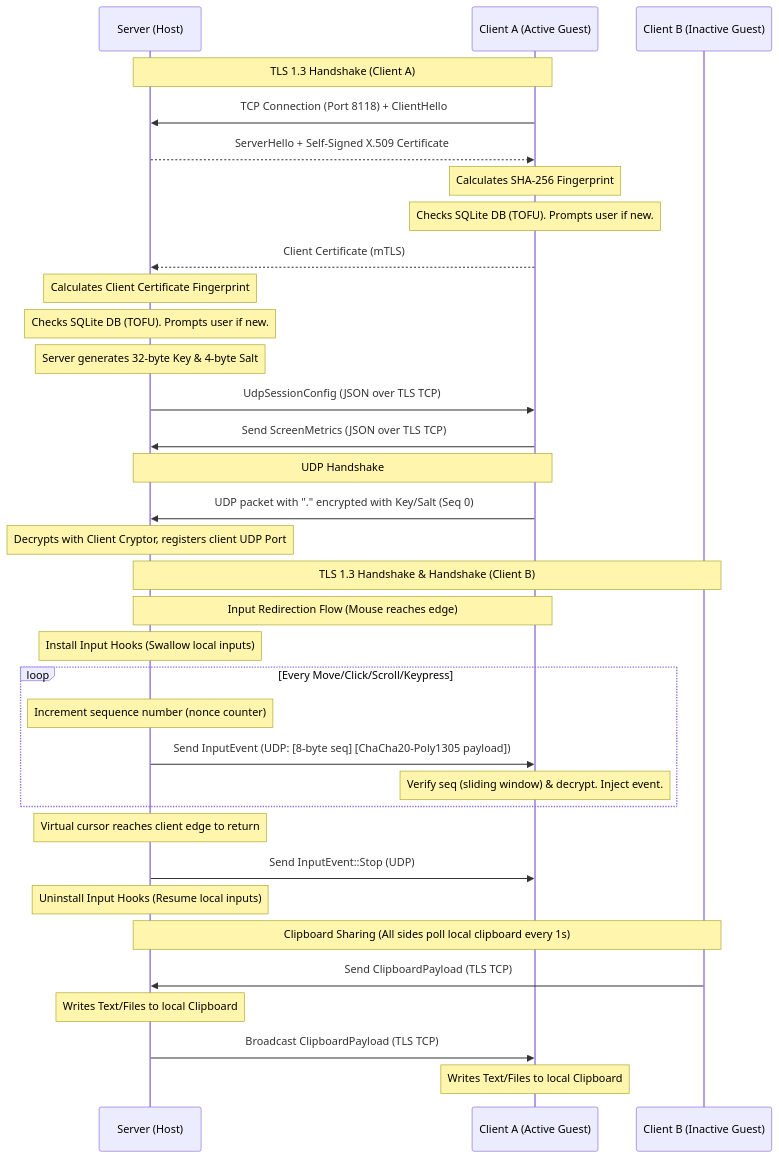
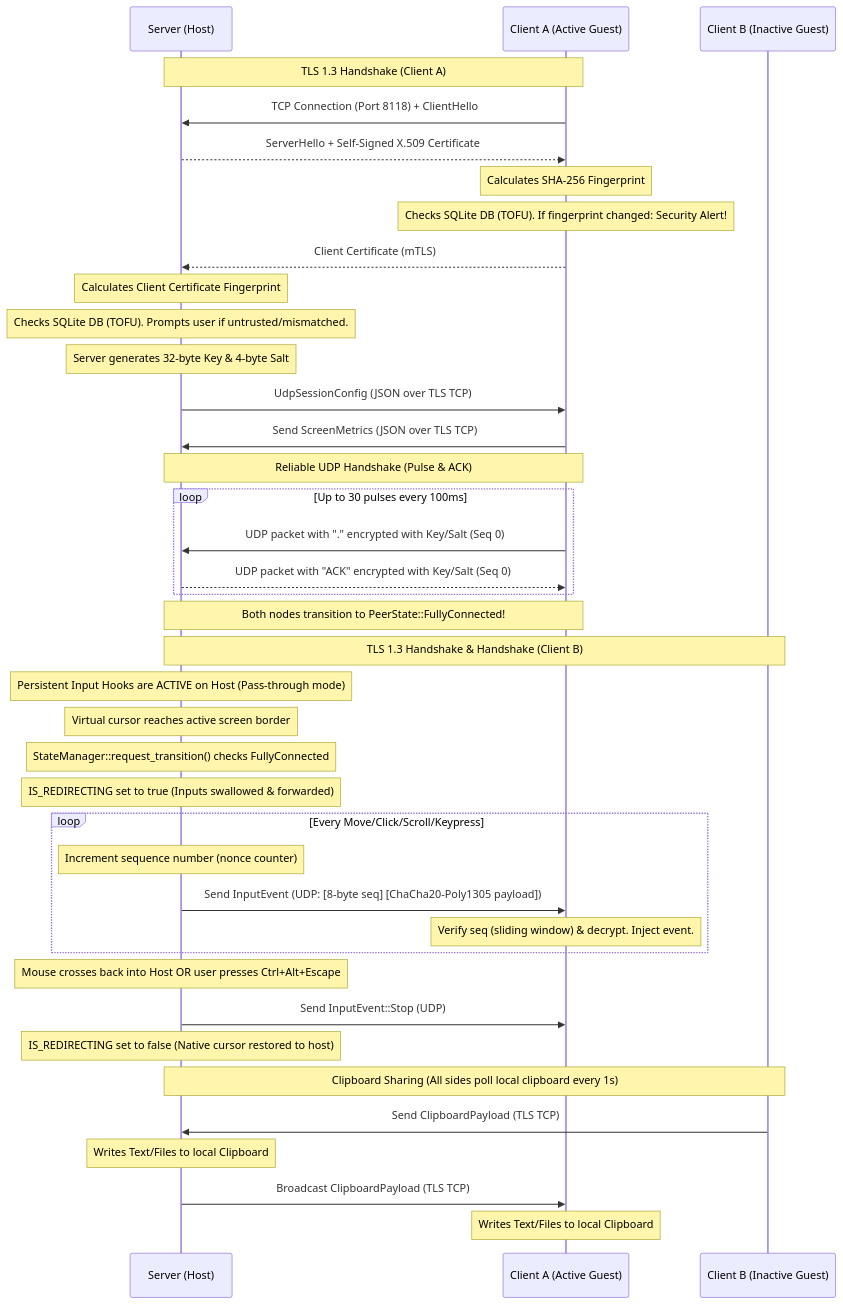
One commit to guyavrhm/flow changed the second of 3 diagrams in ARCHITECTURE.md. Above: the diagram before and after it, drawn with Mermaid. The commit also changed other lines of this file and 16 other files, not shown here.

Commit message:
feat(core): centralized state management, reliable handshakes, and input safety

````diff
--- a/ARCHITECTURE.md
+++ b/ARCHITECTURE.md
@@ -61,43 +64,48 @@
 ```mermaid
 sequenceDiagram
     participant Server as Server (Host)
     participant ClientA as Client A (Active Guest)
     participant ClientB as Client B (Inactive Guest)
 
     Note over ClientA, Server: TLS 1.3 Handshake (Client A)
     ClientA->>Server: TCP Connection (Port 8118) + ClientHello
     Server-->>ClientA: ServerHello + Self-Signed X.509 Certificate
     Note over ClientA: Calculates SHA-256 Fingerprint
-    Note over ClientA: Checks SQLite DB (TOFU). Prompts user if new.
+    Note over ClientA: Checks SQLite DB (TOFU). If fingerprint changed: Security Alert!
     ClientA-->>Server: Client Certificate (mTLS)
     Note over Server: Calculates Client Certificate Fingerprint
-    Note over Server: Checks SQLite DB (TOFU). Prompts user if new.
+    Note over Server: Checks SQLite DB (TOFU). Prompts user if untrusted/mismatched.
     
     Note over Server: Server generates 32-byte Key & 4-byte Salt
     Server->>ClientA: UdpSessionConfig (JSON over TLS TCP)
     ClientA->>Server: Send ScreenMetrics (JSON over TLS TCP)
     
-    Note over ClientA, Server: UDP Handshake
-    ClientA->>Server: UDP packet with "." encrypted with Key/Salt (Seq 0)
-    Note over Server: Decrypts with Client Cryptor, registers client UDP Port
+    Note over ClientA, Server: Reliable UDP Handshake (Pulse & ACK)
+    loop Up to 30 pulses every 100ms
+        ClientA->>Server: UDP packet with "." encrypted with Key/Salt (Seq 0)
+        Server-->>ClientA: UDP packet with "ACK" encrypted with Key/Salt (Seq 0)
+    end
+    Note over ClientA, Server: Both nodes transition to PeerState::FullyConnected!
     
     Note over ClientB, Server: TLS 1.3 Handshake & Handshake (Client B)
 
-    Note over ClientA, Server: Input Redirection Flow (Mouse reaches edge)
-    Note over Server: Install Input Hooks (Swallow local inputs)
+    Note over Server: Persistent Input Hooks are ACTIVE on Host (Pass-through mode)
+    Note over Server: Virtual cursor reaches active screen border
+    Note over Server: StateManager::request_transition() checks FullyConnected
+    Note over Server: IS_REDIRECTING set to true (Inputs swallowed & forwarded)
     loop Every Move/Click/Scroll/Keypress
         Note over Server: Increment sequence number (nonce counter)
         Server->>ClientA: Send InputEvent (UDP: [8-byte seq] [ChaCha20-Poly1305 payload])
         Note over ClientA: Verify seq (sliding window) & decrypt. Inject event.
     end
 
-    Note over Server: Virtual cursor reaches client edge to return
+    Note over Server: Mouse crosses back into Host OR user presses Ctrl+Alt+Escape
     Server->>ClientA: Send InputEvent::Stop (UDP)
-    Note over Server: Uninstall Input Hooks (Resume local inputs)
+    Note over Server: IS_REDIRECTING set to false (Native cursor restored to host)
 
     Note over ClientB, Server: Clipboard Sharing (All sides poll local clipboard every 1s)
     ClientB->>Server: Send ClipboardPayload (TLS TCP)
     Note over Server: Writes Text/Files to local Clipboard
     Server->>ClientA: Broadcast ClipboardPayload (TLS TCP)
     Note over ClientA: Writes Text/Files to local Clipboard
 ```
````
